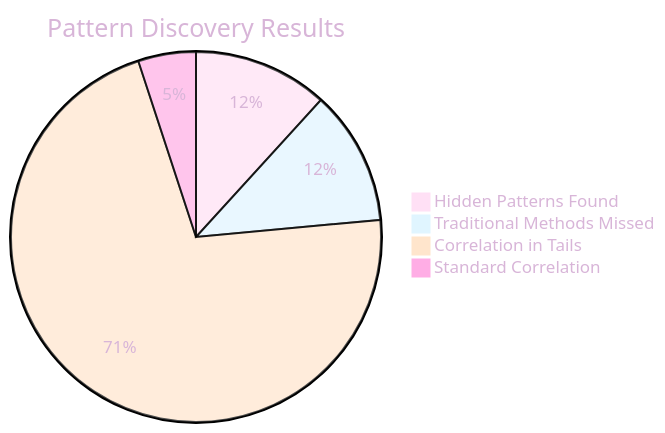
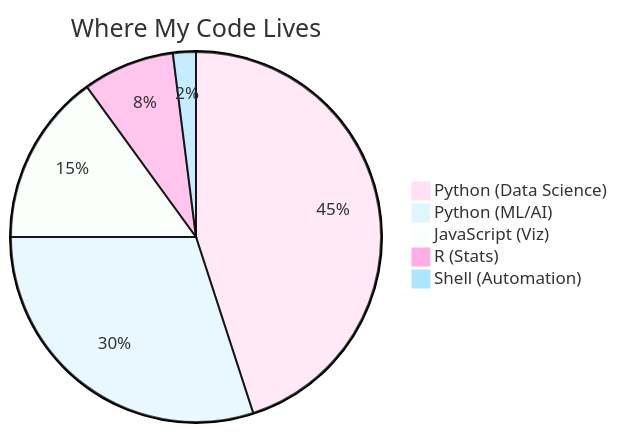
One commit to Cazzy-Aporbo/Cazzy-Aporbo changed the third of 8 diagrams in README.md. Above: the diagram before and after it, drawn with Mermaid. The commit also changed other lines of this file, not shown here.

````diff
--- a/README.md
+++ b/README.md
@@ -374,8 +245,9 @@
 ```mermaid
-%%{init: {'theme': 'base', 'themeVariables': {'primaryColor': '#FFE0F5', 'primaryBorderColor': '#E6E0FF', 'tertiaryColor': '#FFE5CC', 'primaryTextColor': '#D8B5D8', 'fontSize': '18px'}}}%%
-pie title Pattern Discovery Results
-    "Hidden Patterns Found" : 14
-    "Traditional Methods Missed" : 14
-    "Correlation in Tails" : 85
-    "Standard Correlation" : 6
+%%{init: {'theme': 'base', 'themeVariables': {'primaryColor':'#FFE0F5','fontSize':'14px'}}}%%
+pie title Where My Code Lives
+    "Python (Data Science)" : 45
+    "Python (ML/AI)" : 30
+    "JavaScript (Viz)" : 15
+    "R (Stats)" : 8
+    "Shell (Automation)" : 2
 ```
````
